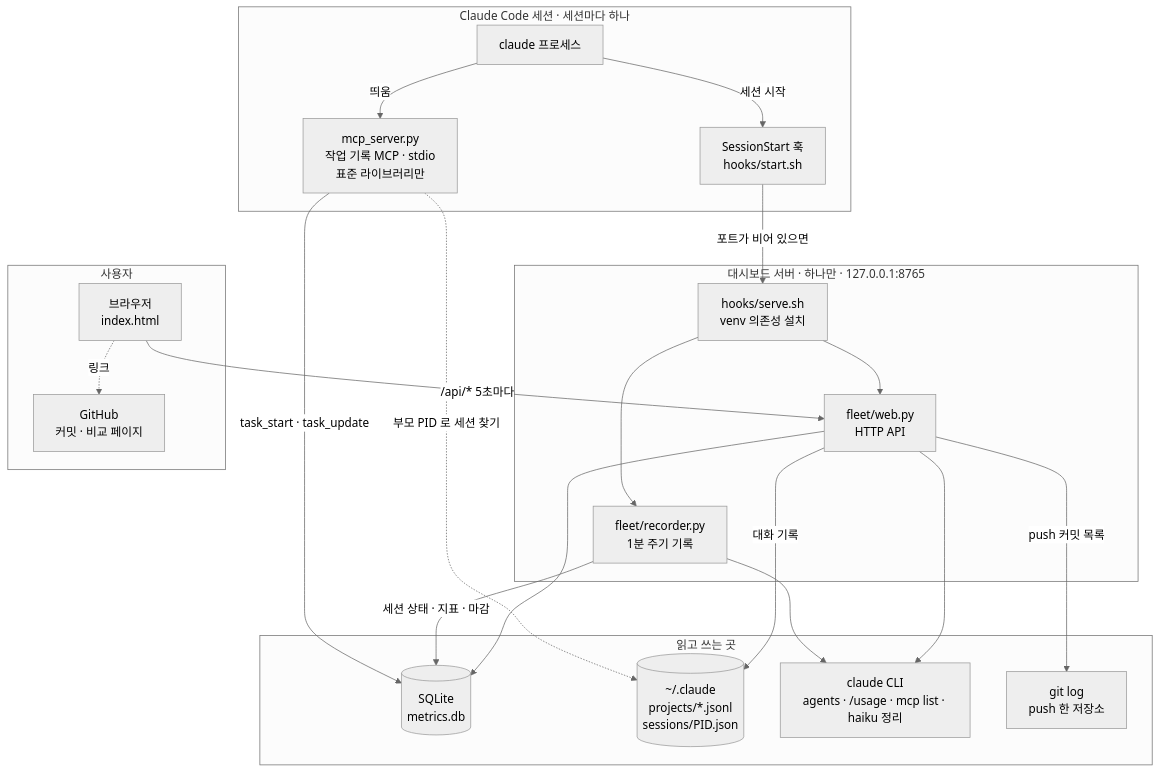
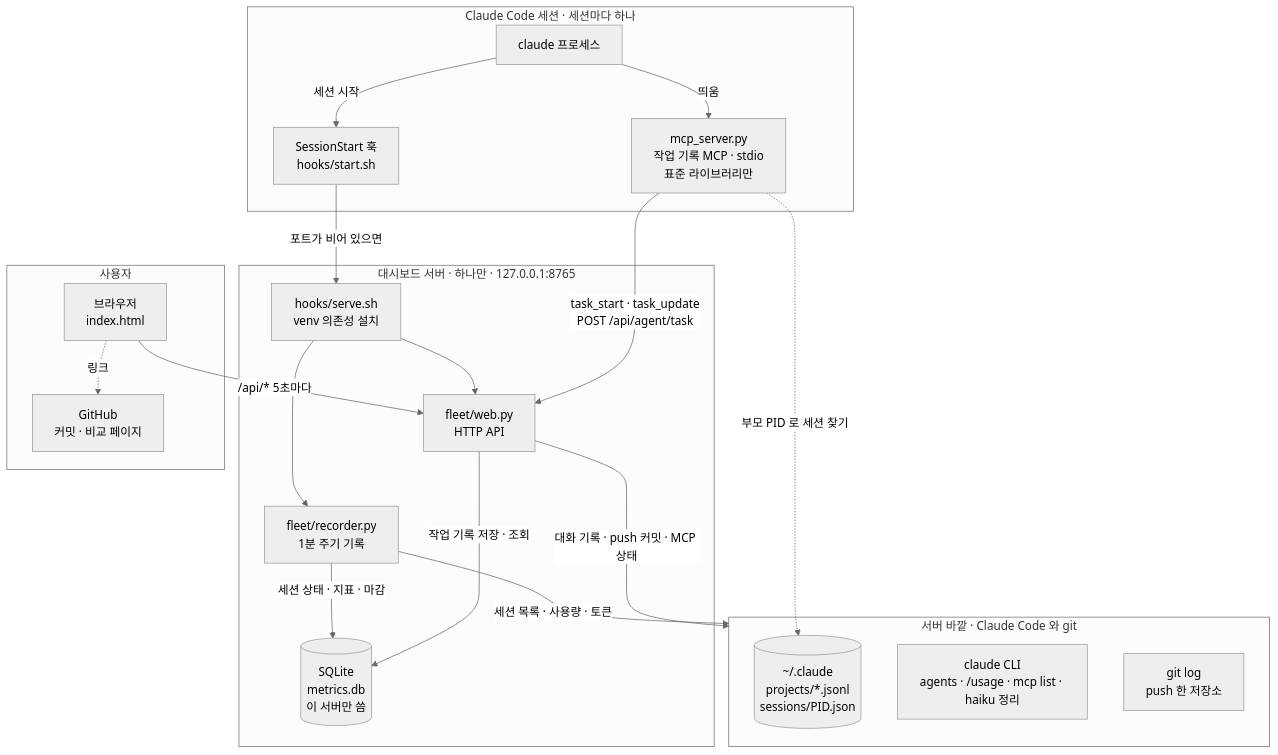
One commit to hava12/hudson-fleet changed the diagram in README.md. Above: the diagram before and after it, drawn with Mermaid (neutral theme). The commit also changed other lines of this file and 3 other files, not shown here.

Commit message:
feat: MCP 작업 기록을 대시보드 서버 API(/api/agent/task)로 보내고 DB 는 서버만 쓰게, 플러그인 0.5.0 [no-spec]

````diff
--- a/README.md
+++ b/README.md
@@ -11,40 +11,38 @@
 ```mermaid
 flowchart TB
   subgraph CC["Claude Code 세션 · 세션마다 하나"]
     claude["claude 프로세스"]
     hook["SessionStart 훅<br/>hooks/start.sh"]
     mcp["mcp_server.py<br/>작업 기록 MCP · stdio<br/>표준 라이브러리만"]
   end
   subgraph WEB["대시보드 서버 · 하나만 · 127.0.0.1:8765"]
     serve["hooks/serve.sh<br/>venv 의존성 설치"]
     rec["fleet/recorder.py<br/>1분 주기 기록"]
     web["fleet/web.py<br/>HTTP API"]
+    db[("SQLite<br/>metrics.db<br/>이 서버만 씀")]
   end
   subgraph USER["사용자"]
     browser["브라우저<br/>index.html"]
     gh["GitHub<br/>커밋 · 비교 페이지"]
   end
-  subgraph DATA["읽고 쓰는 곳"]
-    db[("SQLite<br/>metrics.db")]
+  subgraph DATA["서버 바깥 · Claude Code 와 git"]
     files[("~/.claude<br/>projects/*.jsonl<br/>sessions/PID.json")]
     cli["claude CLI<br/>agents · /usage · mcp list · haiku 정리"]
     git["git log<br/>push 한 저장소"]
   end
 
   claude -- "세션 시작" --> hook
   claude -- "띄움" --> mcp
   hook -- "포트가 비어 있으면" --> serve
   serve --> web
   serve --> rec
   web ~~~ rec
   browser -- "/api/* 5초마다" --> web
   browser -. "링크" .-> gh
-  mcp -- "task_start · task_update" --> db
+  mcp -- "task_start · task_update<br/>POST /api/agent/task" --> web
   mcp -. "부모 PID 로 세션 찾기" .-> files
   rec -- "세션 상태 · 지표 · 마감" --> db
-  rec --> cli
-  web --> db
-  web -- "대화 기록" --> files
-  web --> cli
-  web -- "push 커밋 목록" --> git
+  rec -- "세션 목록 · 사용량 · 토큰" --> DATA
+  web -- "작업 기록 저장 · 조회" --> db
+  web -- "대화 기록 · push 커밋 · MCP 상태" --> DATA
 ```
````
